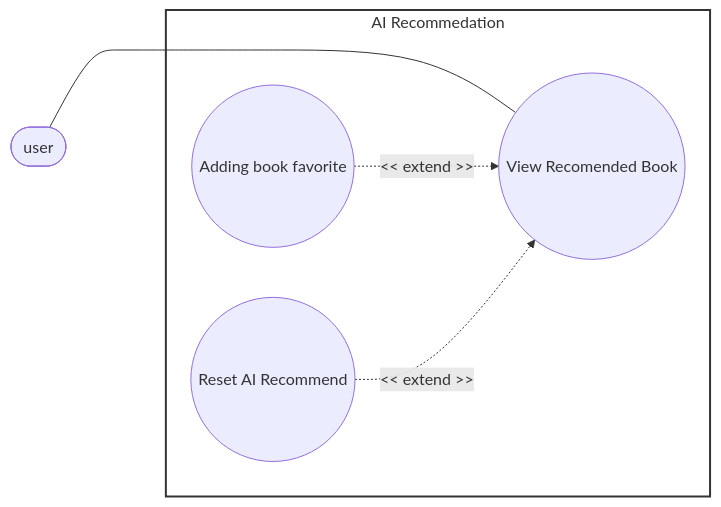
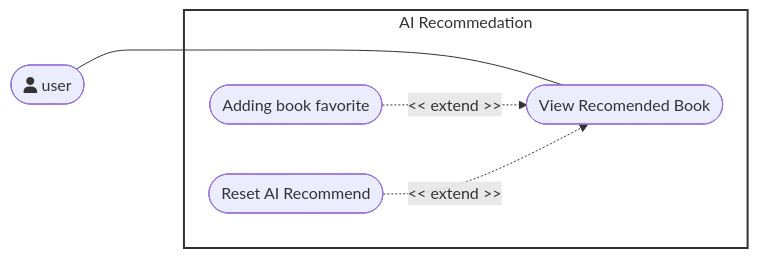
The seventh of 9 diagrams in docs/management/PA3/Use-CaseDiagram.md (DuyNhat1705/AmeThyst-Library), drawn with Mermaid before and after one commit. The commit also changed other lines of this file, not shown here.

Commit message:
update icon for UC diagram

````diff
--- a/docs/management/PA3/Use-CaseDiagram.md
+++ b/docs/management/PA3/Use-CaseDiagram.md
@@ -310,14 +315,14 @@
 ```mermaid
 flowchart LR
  subgraph AIRecommendation["AI Recommedation"]
-        UC1(("Adding book favorite"))
-        UC2(("View Recomended Book"))
-        UC3(("Reset AI Recommend"))
+        UC1(["Adding book favorite"])
+        UC2(["View Recomended Book"])
+        UC3(["Reset AI Recommend"])
   end
     ActorUser(["user"]) ~~~~ AIRecommendation 
-    ActorUser(["user"]) --- UC2
+    ActorUser(["fa:fa-user user"]) --- UC2
     UC1 -. &lt;&lt; extend &gt;&gt; .-> UC2
     UC3 -. &lt;&lt; extend &gt;&gt; .-> UC2
 
     style AIRecommendation fill:#fff,stroke:#333,stroke-width:2px
 ```
````
